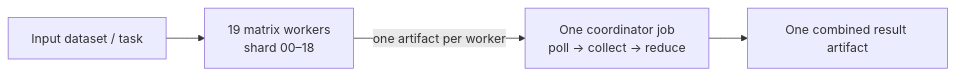
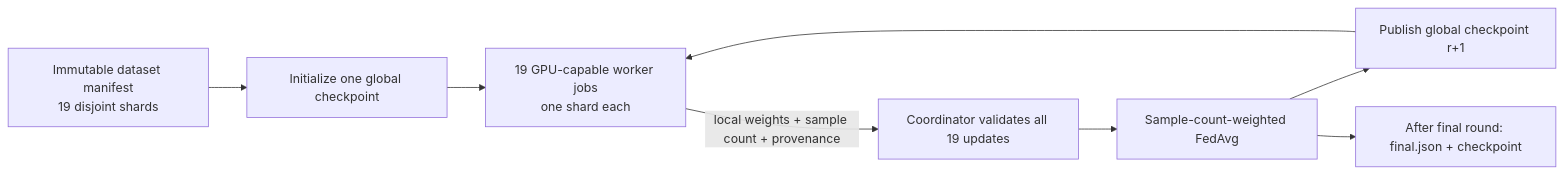
The diagram in README.md (nexuss0781/Nexuss_Training_Framework), drawn with Mermaid before and after one commit. The commit also changed other lines of this file and 16 other files, not shown here.

Commit message:
Prepare v2.0.0 iterative FedAvg framework

````diff
--- a/README.md
+++ b/README.md
@@ -9,6 +9,10 @@
 ```mermaid
 flowchart LR
-    D[Input dataset / task] --> W[19 matrix workers<br/>shard 00–18]
-    W -->|one artifact per worker| C[One coordinator job<br/>poll → collect → reduce]
-    C --> O[One combined result artifact]
+    D[Immutable dataset manifest<br/>19 disjoint shards] --> I[Initialize one global checkpoint]
+    I --> W[19 GPU-capable worker jobs<br/>one shard each]
+    W -->|local weights + sample count + provenance| C[Coordinator validates all 19 updates]
+    C --> A[Sample-count-weighted FedAvg]
+    A --> G[Publish global checkpoint r+1]
+    G --> W
+    A --> F[After final round: final.json + checkpoint]
 ```
````
